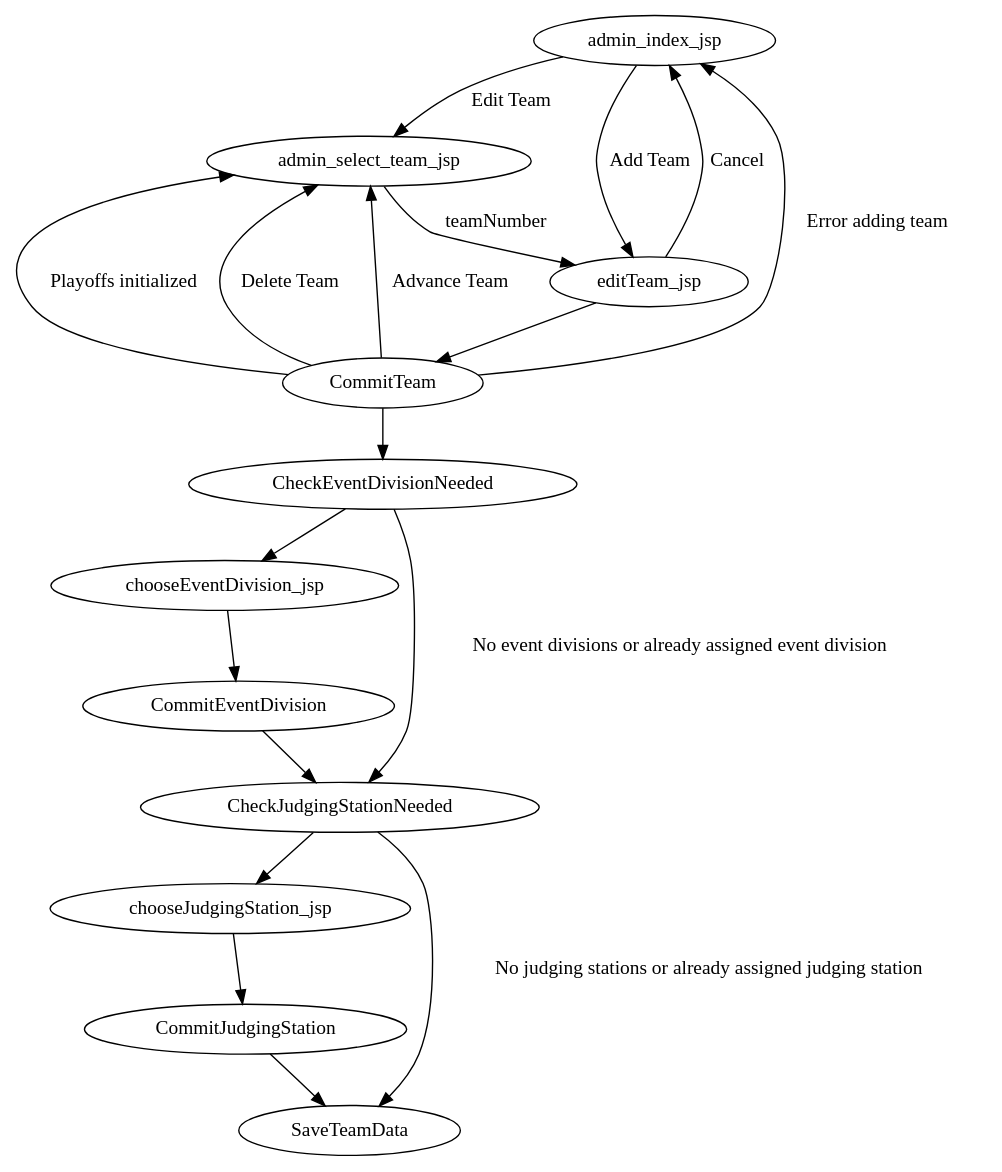
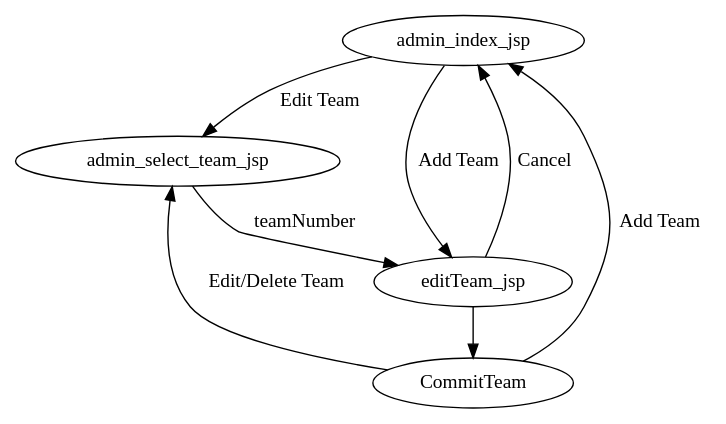
One commit to jpschewe/fll-sw changed the diagram in scoring/docs/workflows/edit-team.dot. Above: the diagram before and after it, drawn with Graphviz. The commit also changed 15 other files, not shown here.

First line of the commit message:
Save data from add/delete/edit team

```diff
--- a/scoring/docs/workflows/edit-team.dot
+++ b/scoring/docs/workflows/edit-team.dot
@@ -1,40 +1,17 @@
 digraph edit_team {
 
 admin_index_jsp -> admin_select_team_jsp [label="Edit Team"];
 
 admin_index_jsp -> editTeam_jsp [label="Add Team"];
 
 admin_select_team_jsp -> editTeam_jsp [label="teamNumber"];
 
 editTeam_jsp -> CommitTeam;
 
 editTeam_jsp -> admin_index_jsp [label="Cancel"];
 
-CommitTeam -> admin_select_team_jsp [label="Delete Team"];
+CommitTeam -> admin_select_team_jsp [label="Edit/Delete Team"];
 
-CommitTeam -> admin_select_team_jsp [label="Advance Team"];
-
-CommitTeam -> admin_select_team_jsp [label="Playoffs initialized"];
-
-CommitTeam -> admin_index_jsp [label="Error adding team"];
-
-CommitTeam -> CheckEventDivisionNeeded;
-
-CheckEventDivisionNeeded -> chooseEventDivision_jsp;
-
-chooseEventDivision_jsp -> CommitEventDivision;
-
-CommitEventDivision -> CheckJudgingStationNeeded;
-
-CheckEventDivisionNeeded -> CheckJudgingStationNeeded [label="No event divisions or already assigned event division"];
-
-CheckJudgingStationNeeded -> chooseJudgingStation_jsp;
-
-CheckJudgingStationNeeded -> SaveTeamData [label="No judging stations or already assigned judging station"];
-
-chooseJudgingStation_jsp -> CommitJudgingStation;
-
-CommitJudgingStation -> SaveTeamData;
-
+CommitTeam -> admin_index_jsp [label="Add Team"];
 
 }
```
